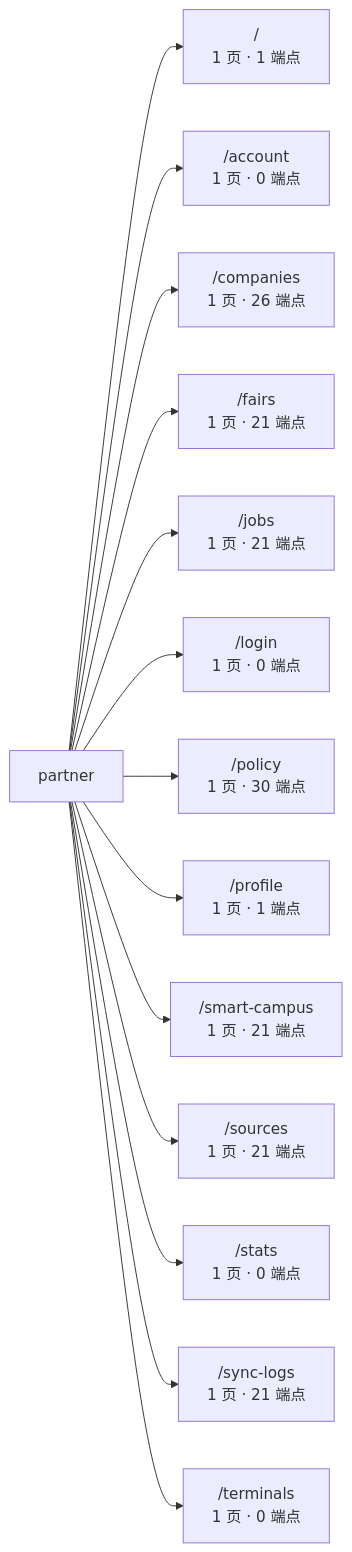
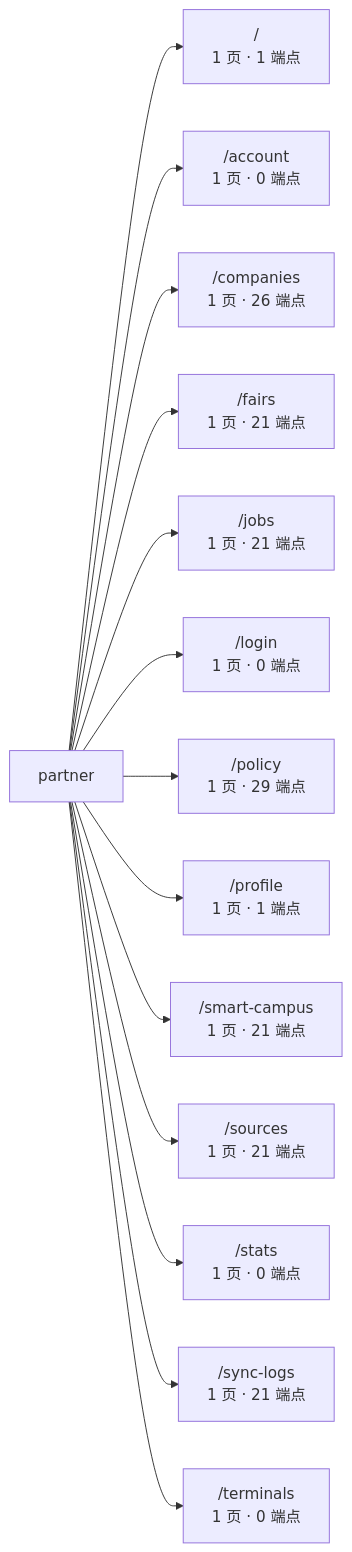
One commit to wanglei581/YITIJI changed the third of 3 diagrams in docs/graph/routes.md. Above: the diagram before and after it, drawn with Mermaid. The commit also changed other lines of this file and 6 other files, not shown here.

Commit message:
chore(graph): 结果层 14 包合入后重生成项目图谱

````diff
--- a/docs/graph/routes.md
+++ b/docs/graph/routes.md
@@ -426,17 +430,17 @@
 ```mermaid
 flowchart LR
   app["partner"]
   app --> _root_["/<br/>1 页 · 1 端点"]
   app --> account["/account<br/>1 页 · 0 端点"]
   app --> companies["/companies<br/>1 页 · 26 端点"]
   app --> fairs["/fairs<br/>1 页 · 21 端点"]
   app --> jobs["/jobs<br/>1 页 · 21 端点"]
   app --> login["/login<br/>1 页 · 0 端点"]
-  app --> policy["/policy<br/>1 页 · 30 端点"]
+  app --> policy["/policy<br/>1 页 · 29 端点"]
   app --> profile["/profile<br/>1 页 · 1 端点"]
   app --> smart_campus["/smart-campus<br/>1 页 · 21 端点"]
   app --> sources["/sources<br/>1 页 · 21 端点"]
   app --> stats["/stats<br/>1 页 · 0 端点"]
   app --> sync_logs["/sync-logs<br/>1 页 · 21 端点"]
   app --> terminals["/terminals<br/>1 页 · 0 端点"]
 ```
````
